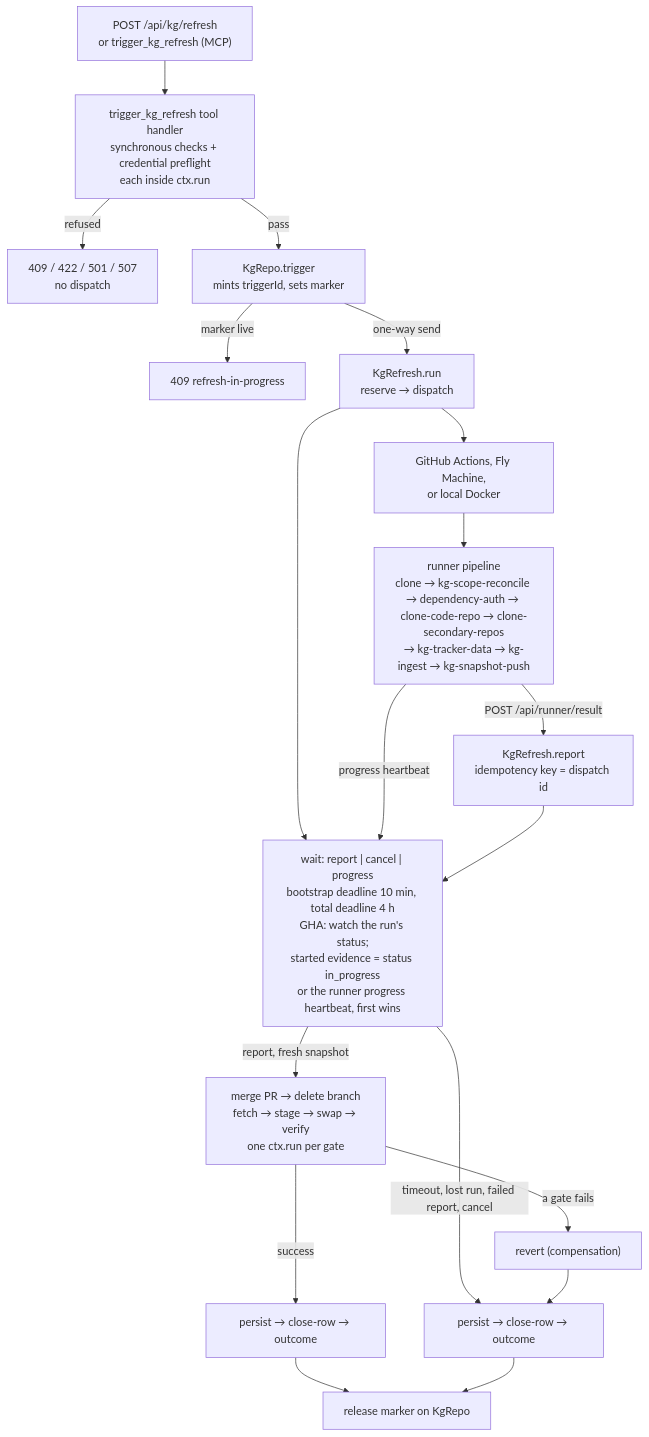
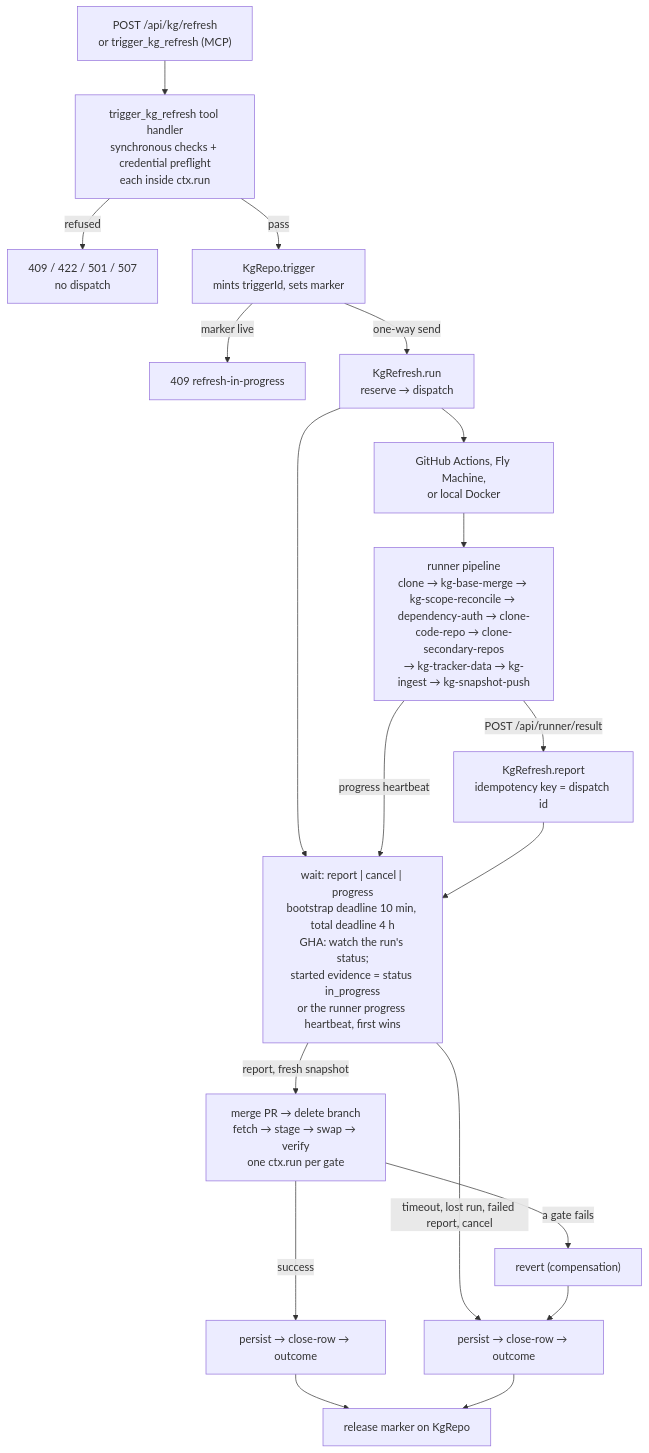
One commit to BuildDownAI/AI-Implement changed the diagram in docs/issueless-runs.md. Above: the diagram before and after it, drawn with Mermaid. The commit also changed 10 other files, not shown here.

Commit message:
AII-1480: Merge the base PR into the scratch clone in a new runner step

````diff
--- a/docs/issueless-runs.md
+++ b/docs/issueless-runs.md
@@ -25,21 +25,21 @@
 ```mermaid
 flowchart TD
     A["POST /api/kg/refresh\nor trigger_kg_refresh (MCP)"] --> B["trigger_kg_refresh tool handler\nsynchronous checks + credential preflight\neach inside ctx.run"]
     B -->|"refused"| R["409 / 422 / 501 / 507\nno dispatch"]
     B -->|"pass"| O["KgRepo.trigger\nmints triggerId, sets marker"]
     O -->|"marker live"| O2["409 refresh-in-progress"]
     O -->|"one-way send"| W["KgRefresh.run\nreserve → dispatch"]
     W --> E["GitHub Actions, Fly Machine,\nor local Docker"]
-    E --> F["runner pipeline\nclone → kg-scope-reconcile → dependency-auth → clone-code-repo → clone-secondary-repos\n→ kg-tracker-data → kg-ingest → kg-snapshot-push"]
+    E --> F["runner pipeline\nclone → kg-base-merge → kg-scope-reconcile → dependency-auth → clone-code-repo → clone-secondary-repos\n→ kg-tracker-data → kg-ingest → kg-snapshot-push"]
     W --> T["wait: report | cancel | progress\nbootstrap deadline 10 min, total deadline 4 h\nGHA: watch the run's status;\nstarted evidence = status in_progress\nor the runner progress heartbeat, first wins"]
     F -->|"progress heartbeat"| T
     F -->|"POST /api/runner/result"| G["KgRefresh.report\nidempotency key = dispatch id"]
     G --> T
     T -->|"report, fresh snapshot"| I["merge PR → delete branch\nfetch → stage → swap → verify\none ctx.run per gate"]
     T -->|"timeout, lost run, failed report, cancel"| K["persist → close-row → outcome"]
     I -->|"a gate fails"| V["revert (compensation)"]
     V --> K
     I -->|"success"| J["persist → close-row → outcome"]
     J --> Z["release marker on KgRepo"]
     K --> Z
 ```
````
